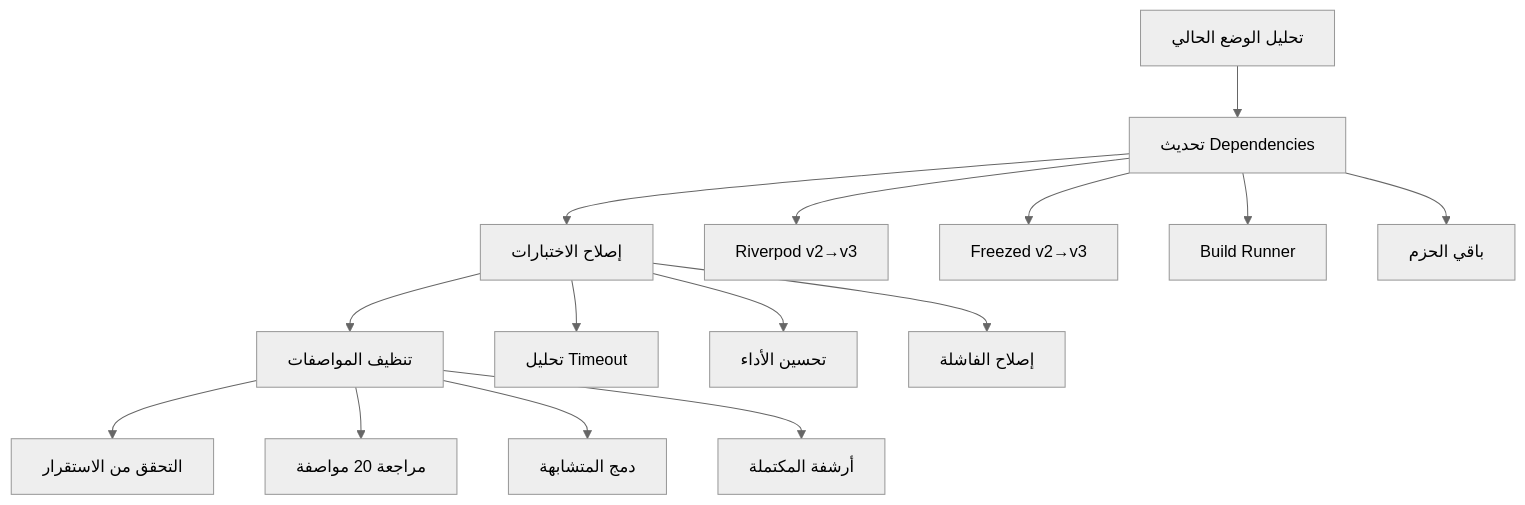
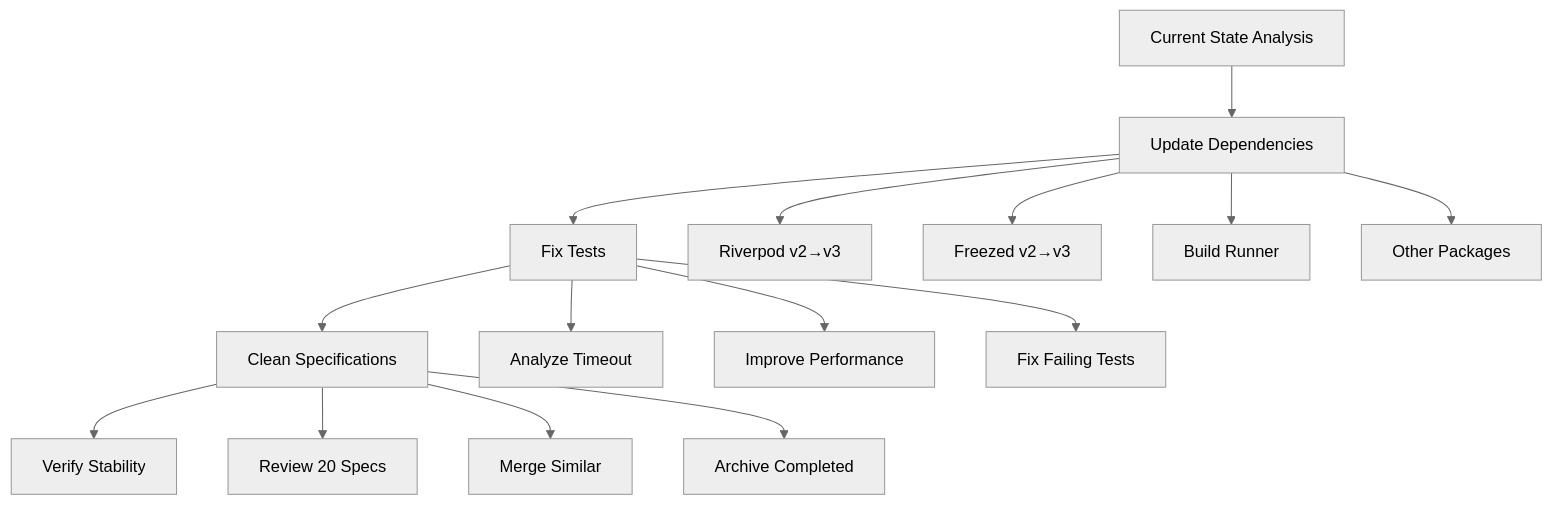
The first of 3 diagrams in .kiro/specs/comprehensive-improvement-plan/design.md (mohammed-murad-alqabal/Basir_accounting), drawn with Mermaid (neutral theme) before and after one commit. The commit also changed other lines of this file and 14 other files, not shown here.

````diff
--- a/.kiro/specs/comprehensive-improvement-plan/design.md
+++ b/.kiro/specs/comprehensive-improvement-plan/design.md
@@ -11,20 +11,20 @@
 ```mermaid
 graph TD
-    A[تحليل الوضع الحالي] --> B[تحديث Dependencies]
-    B --> C[إصلاح الاختبارات]
-    C --> D[تنظيف المواصفات]
-    D --> E[التحقق من الاستقرار]
+    A[Current State Analysis] --> B[Update Dependencies]
+    B --> C[Fix Tests]
+    C --> D[Clean Specifications]
+    D --> E[Verify Stability]
 
     B --> B1[Riverpod v2→v3]
     B --> B2[Freezed v2→v3]
     B --> B3[Build Runner]
-    B --> B4[باقي الحزم]
+    B --> B4[Other Packages]
 
-    C --> C1[تحليل Timeout]
-    C --> C2[تحسين الأداء]
-    C --> C3[إصلاح الفاشلة]
+    C --> C1[Analyze Timeout]
+    C --> C2[Improve Performance]
+    C --> C3[Fix Failing Tests]
 
-    D --> D1[مراجعة 20 مواصفة]
-    D --> D2[دمج المتشابهة]
-    D --> D3[أرشفة المكتملة]
+    D --> D1[Review 20 Specs]
+    D --> D2[Merge Similar]
+    D --> D3[Archive Completed]
 ```
````
